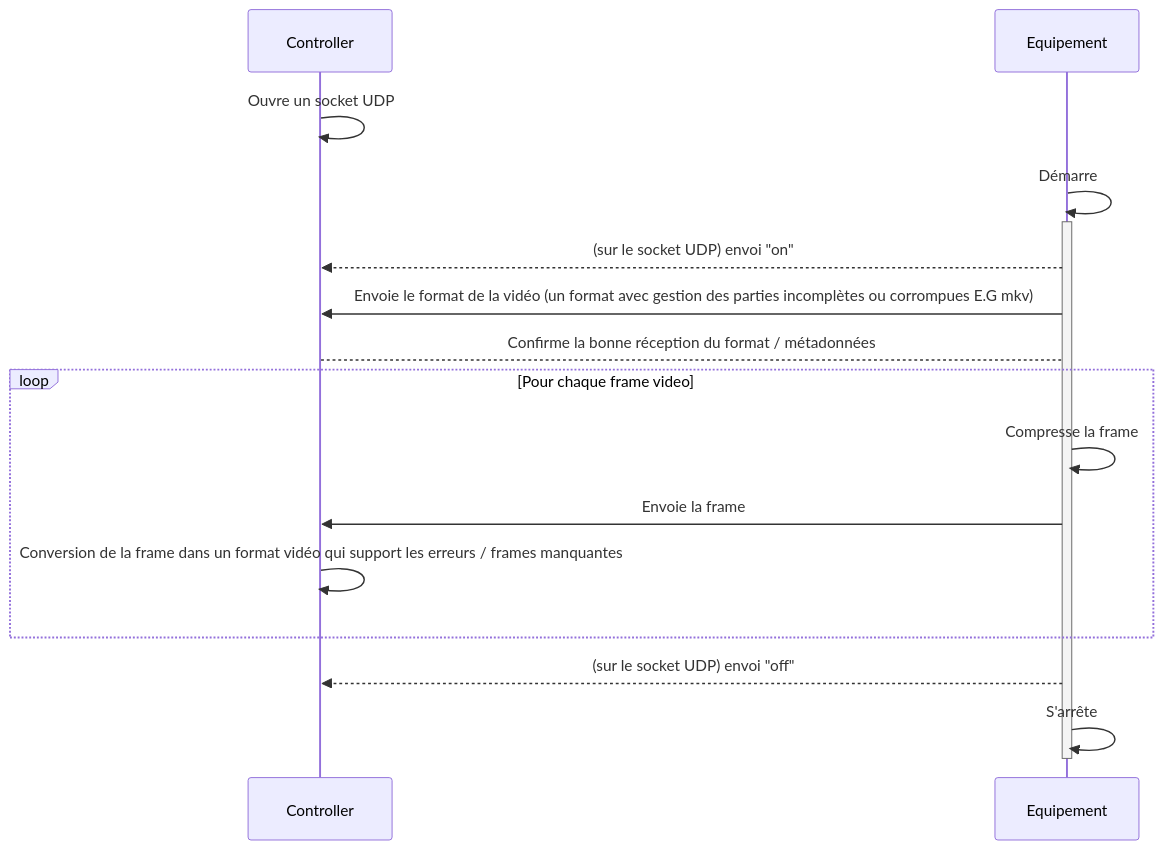
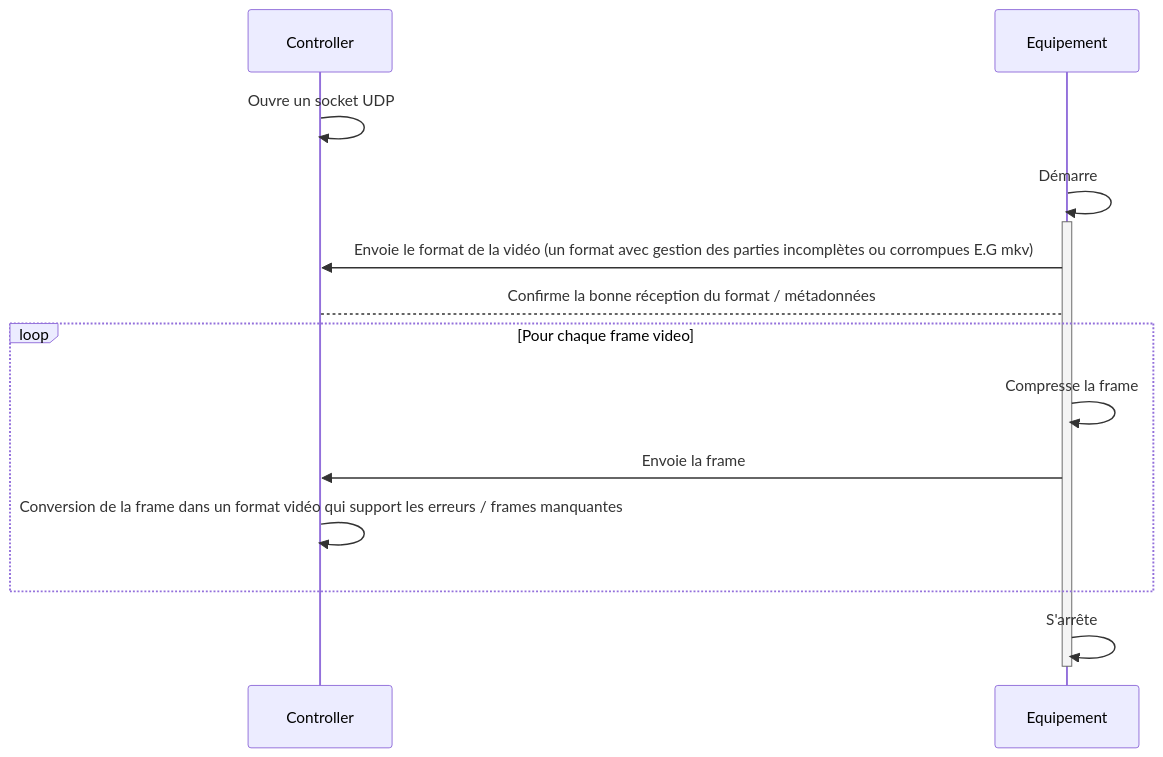
Before and after one commit to cpe-asi-ros-jp/4IRC_ASIROS_PLANCHON_EX1: the second of 2 diagrams in README.md, drawn with Mermaid. The commit also changed other lines of this file and 8 other files, not shown here.

````diff
--- a/README.md
+++ b/README.md
@@ -20,15 +20,13 @@
 ```mermaid
 sequenceDiagram
     Controller->>Controller: Ouvre un socket UDP
     Equipement->>+Equipement: Démarre
-    Equipement-->>Controller: (sur le socket UDP) envoi "on"
     Equipement->>Controller: Envoie le format de la vidéo (un format avec gestion des parties incomplètes ou corrompues E.G mkv)
     Controller-->Equipement: Confirme la bonne réception du format / métadonnées
     loop Pour chaque frame video
         Equipement->>Equipement: Compresse la frame
         Equipement->>Controller: Envoie la frame
         Controller->>Controller: Conversion de la frame dans un format vidéo qui support les erreurs / frames manquantes
     end
-    Equipement-->>Controller: (sur le socket UDP) envoi "off"
     Equipement->>-Equipement: S'arrête
 ```
````
